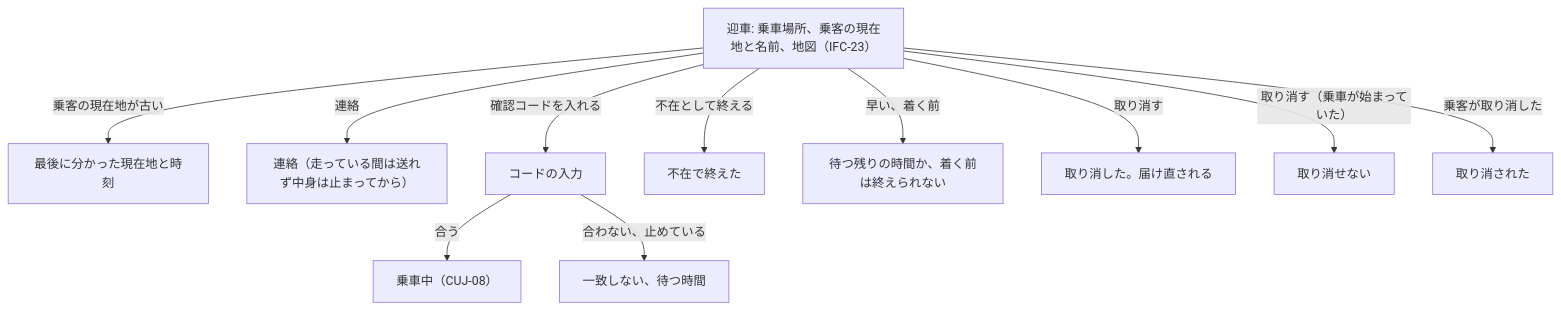
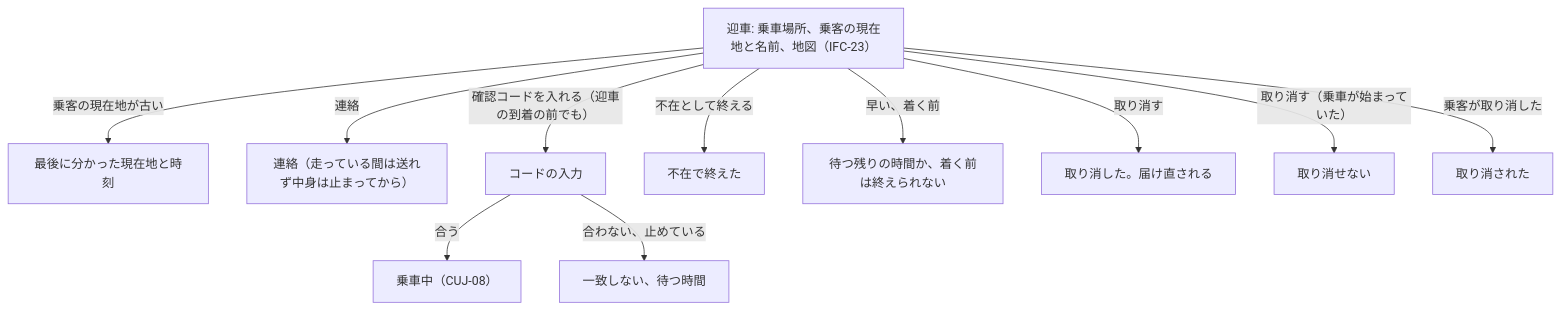
One commit to Taro000/ride-hailing-app-demo changed diagram 39 of 57 in docs/design/3-high-level-design.md. Above: the diagram before and after it, drawn with Mermaid. The commit also changed other lines of this file and 23 other files, not shown here.

````diff
--- a/docs/design/3-high-level-design.md
+++ b/docs/design/3-high-level-design.md
@@ -1459,13 +1496,13 @@
 ```mermaid
 flowchart TD
   pickup["迎車: 乗車場所、乗客の現在地と名前、地図（IFC-23）"] -->|乗客の現在地が古い| lastpos["最後に分かった現在地と時刻"]
   pickup -->|連絡| msg["連絡（走っている間は送れず中身は止まってから）"]
-  pickup -->|確認コードを入れる| code["コードの入力"]
+  pickup -->|確認コードを入れる（迎車の到着の前でも）| code["コードの入力"]
   code -->|合う| riding["乗車中（CUJ-08）"]
   code -->|合わない、止めている| mismatch["一致しない、待つ時間"]
   pickup -->|不在として終える| noshow["不在で終えた"]
   pickup -->|早い、着く前| early["待つ残りの時間か、着く前は終えられない"]
   pickup -->|取り消す| cancelled["取り消した。届け直される"]
   pickup -->|取り消す（乗車が始まっていた）| nocancel["取り消せない"]
   pickup -->|乗客が取り消した| gone["取り消された"]
 ```
````
